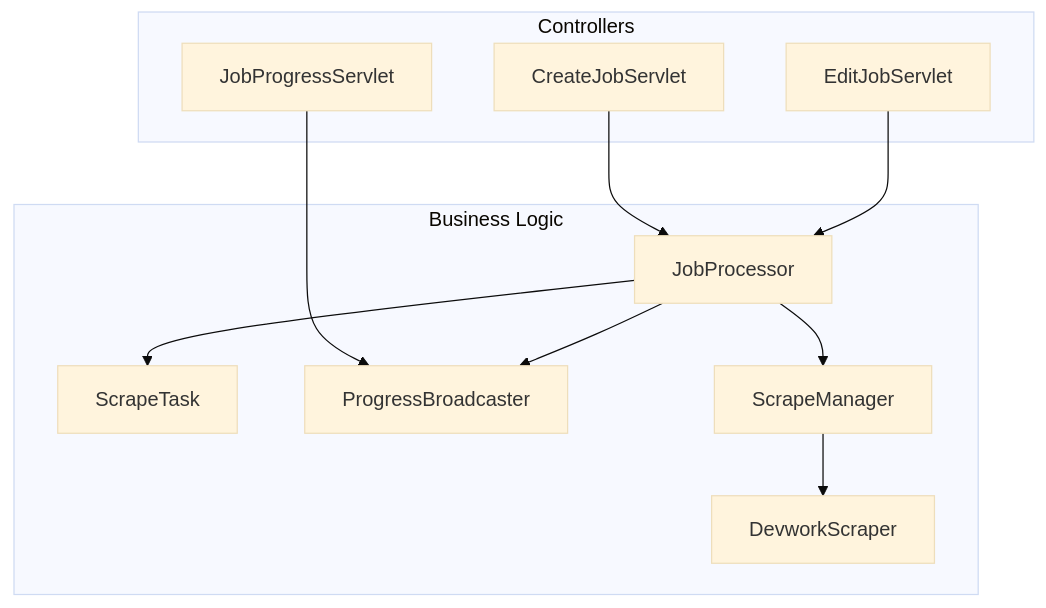
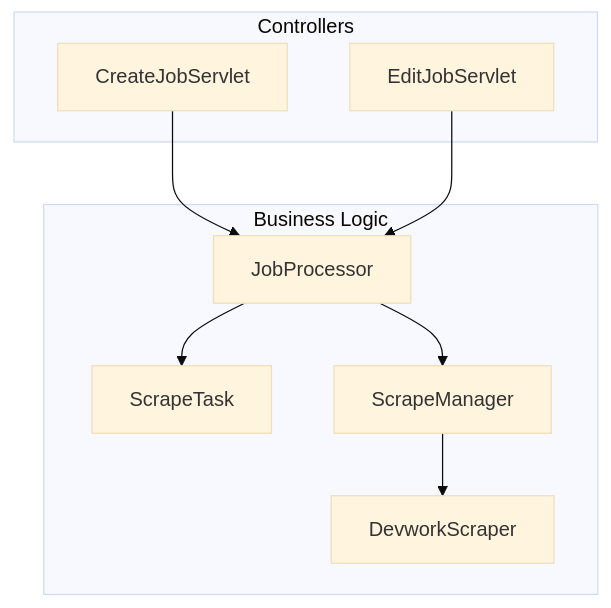
The third of 5 diagrams in README.md (dusk5archiy/ltm), drawn with Mermaid (base theme) before and after one commit. The commit also changed other lines of this file and 6 other files, not shown here.

````diff
--- a/README.md
+++ b/README.md
@@ -126,26 +126,22 @@
 ```mermaid
 %%{init: {"flowchart": {"curve": "basis"}}}%%
 graph TD
     subgraph "Controllers"
         C5[CreateJobServlet]
         C6[EditJobServlet]
-        C10[JobProgressServlet]
     end
 
     subgraph "Business Logic"
         P1[JobProcessor]
         T1[ScrapeTask]
-        PB1[ProgressBroadcaster]
         S1[DevworkScraper]
         S2[ScrapeManager]
     end
 
     C5 --> P1
     C6 --> P1
-    C10 --> PB1
 
     P1 --> T1
-    P1 --> PB1
     P1 --> S2
     S2 --> S1
 ```
````
